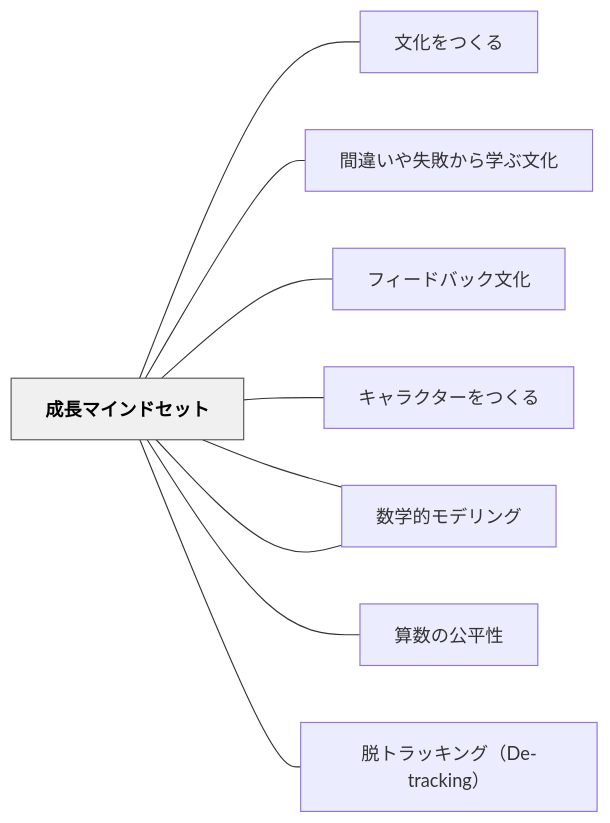
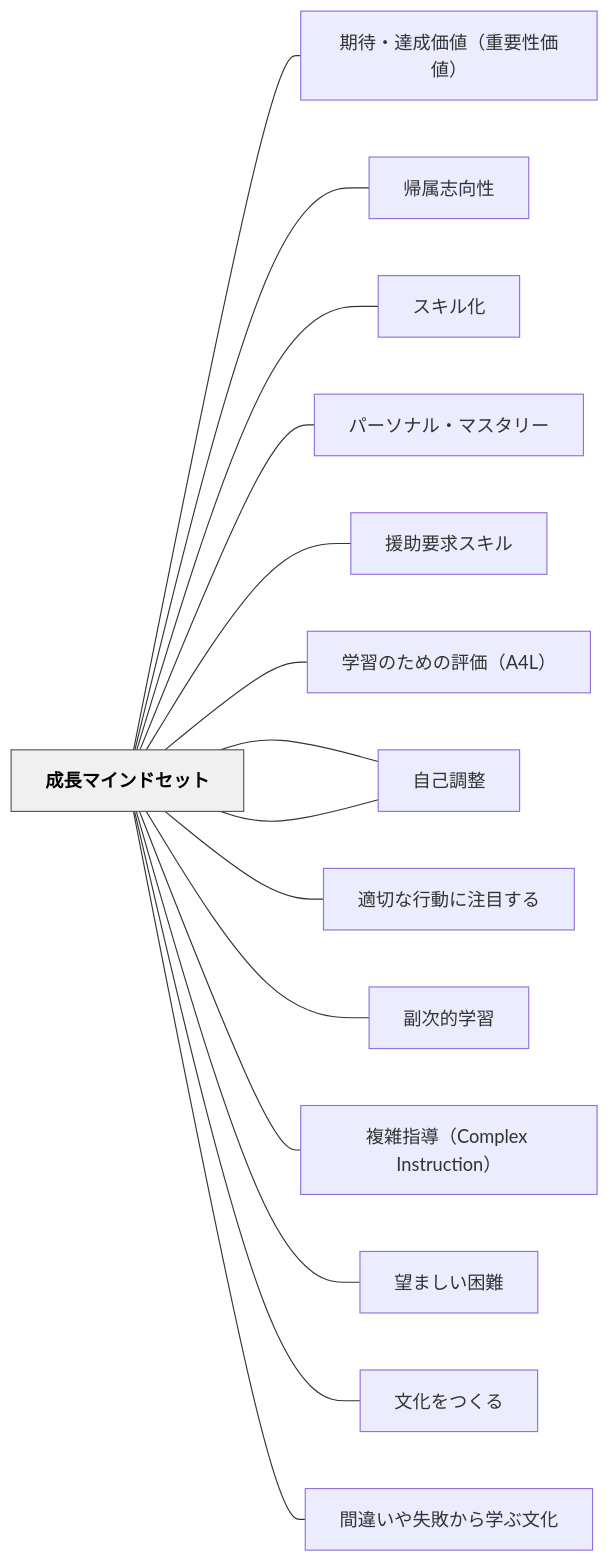
The diagram in content/パタン/成長マインドセット.md (unknownthings-ed-patterns/unknownthings-ed-patterns), drawn with Mermaid before and after one commit. The commit also changed other lines of this file and 473 other files, not shown here.

````diff
--- a/content/パタン/成長マインドセット.md
+++ b/content/パタン/成長マインドセット.md
@@ -107,24 +119,36 @@
 ```mermaid
 flowchart LR
     ne68890e995b7["成長マインドセット"]
+    ne69c9fe5be85["期待・達成価値（重要性価値）"]
+    ne5b8b0e5b19e["帰属志向性"]
+    ne382b9e382ad["スキル化"]
+    ne38391e383bc["パーソナル・マスタリー"]
+    ne68fb4e58aa9["援助要求スキル"]
+    ne5ada6e7bf92["学習のための評価（A4L）"]
+    ne887aae5b7b1["自己レベルのフィードバック"]
+    ne887aae5b7b1["自己調整"]
+    ne981a9e58887["適切な行動に注目する"]
+    ne589afe6aca1["副次的学習"]
+    ne8a487e99b91["複雑指導（Complex Instruction）"]
+    ne69c9be381be["望ましい困難"]
     ne69687e58c96["文化をつくる"]
     ne99693e98195["間違いや失敗から学ぶ文化"]
-    ne38395e382a3["フィードバック文化"]
-    ne382ade383a3["キャラクターをつくる"]
-    ne695b0e5ada6["数学のクラス規範"]
-    ne7ae97e695b0["算数の公平性"]
-    ne884b1e38388["脱トラッキング（De-tracking）"]
-    ne695b0e5ada6["数学的モデリング"]
 
+    ne68890e995b7 --- ne69c9fe5be85
+    ne68890e995b7 --- ne5b8b0e5b19e
+    ne68890e995b7 --- ne382b9e382ad
+    ne68890e995b7 --- ne38391e383bc
+    ne68890e995b7 --- ne68fb4e58aa9
+    ne68890e995b7 --- ne5ada6e7bf92
+    ne68890e995b7 --- ne887aae5b7b1
+    ne68890e995b7 --- ne887aae5b7b1
+    ne68890e995b7 --- ne981a9e58887
+    ne68890e995b7 --- ne589afe6aca1
+    ne68890e995b7 --- ne8a487e99b91
+    ne68890e995b7 --- ne69c9be381be
     ne68890e995b7 --- ne69687e58c96
     ne68890e995b7 --- ne99693e98195
-    ne68890e995b7 --- ne38395e382a3
-    ne68890e995b7 --- ne382ade383a3
-    ne68890e995b7 --- ne695b0e5ada6
-    ne68890e995b7 --- ne7ae97e695b0
-    ne68890e995b7 --- ne884b1e38388
-    ne68890e995b7 --- ne695b0e5ada6
 
     classDef hub fill:#f0f0f0,stroke:#555,color:#000,font-weight:bold
     class ne68890e995b7 hub
 ```
````
